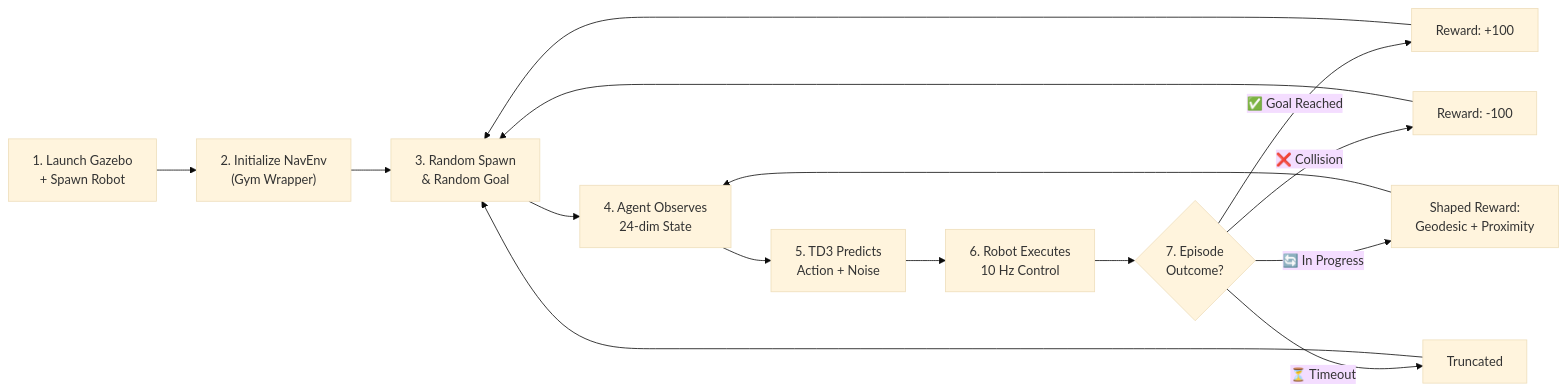
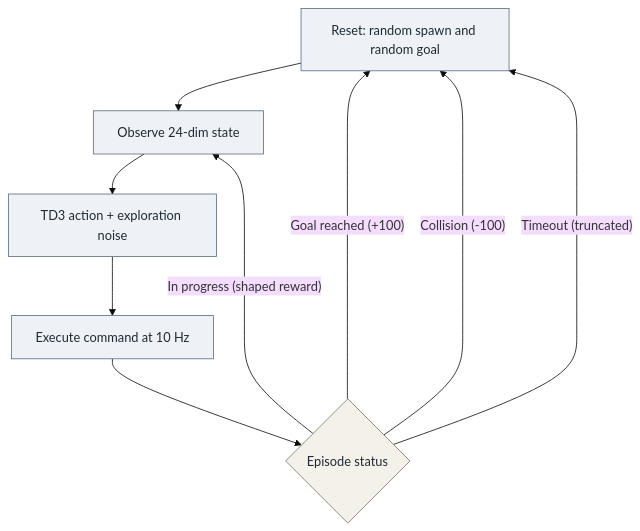
The second of 2 diagrams in README.md (Satyajit-147/TD3-AutoNav), drawn with Mermaid (base theme) before and after one commit. The commit also changed other lines of this file, not shown here.

````diff
--- a/README.md
+++ b/README.md
@@ -71,17 +76,16 @@
 ```mermaid
-flowchart LR
-    A["1. Launch Gazebo<br/>+ Spawn Robot"] --> B["2. Initialize NavEnv<br/>(Gym Wrapper)"]
-    B --> C["3. Random Spawn<br/>& Random Goal"]
-    C --> D["4. Agent Observes<br/>24-dim State"]
-    D --> E["5. TD3 Predicts<br/>Action + Noise"]
-    E --> F["6. Robot Executes<br/>10 Hz Control"]
-    F --> G{"7. Episode<br/>Outcome?"}
-    G -->|"✅ Goal Reached"| H["Reward: +100"]
-    G -->|"❌ Collision"| I["Reward: -100"]
-    G -->|"⏳ Timeout"| J["Truncated"]
-    G -->|"🔄 In Progress"| K["Shaped Reward:<br/>Geodesic + Proximity"]
-    H --> C
-    I --> C
-    J --> C
-    K --> D
+flowchart TD
+    A["Reset: random spawn and random goal"] --> B["Observe 24-dim state"]
+    B --> C["TD3 action + exploration noise"]
+    C --> D["Execute command at 10 Hz"]
+    D --> E{"Episode status"}
+    E -- "Goal reached (+100)" --> A
+    E -- "Collision (-100)" --> A
+    E -- "Timeout (truncated)" --> A
+    E -- "In progress (shaped reward)" --> B
+
+    classDef step fill:#eef2f7,stroke:#5b6b7f,color:#1f2933;
+    classDef decision fill:#f3f1ea,stroke:#7a7360,color:#1f2933;
+    class A,B,C,D step;
+    class E decision;
 ```
````
